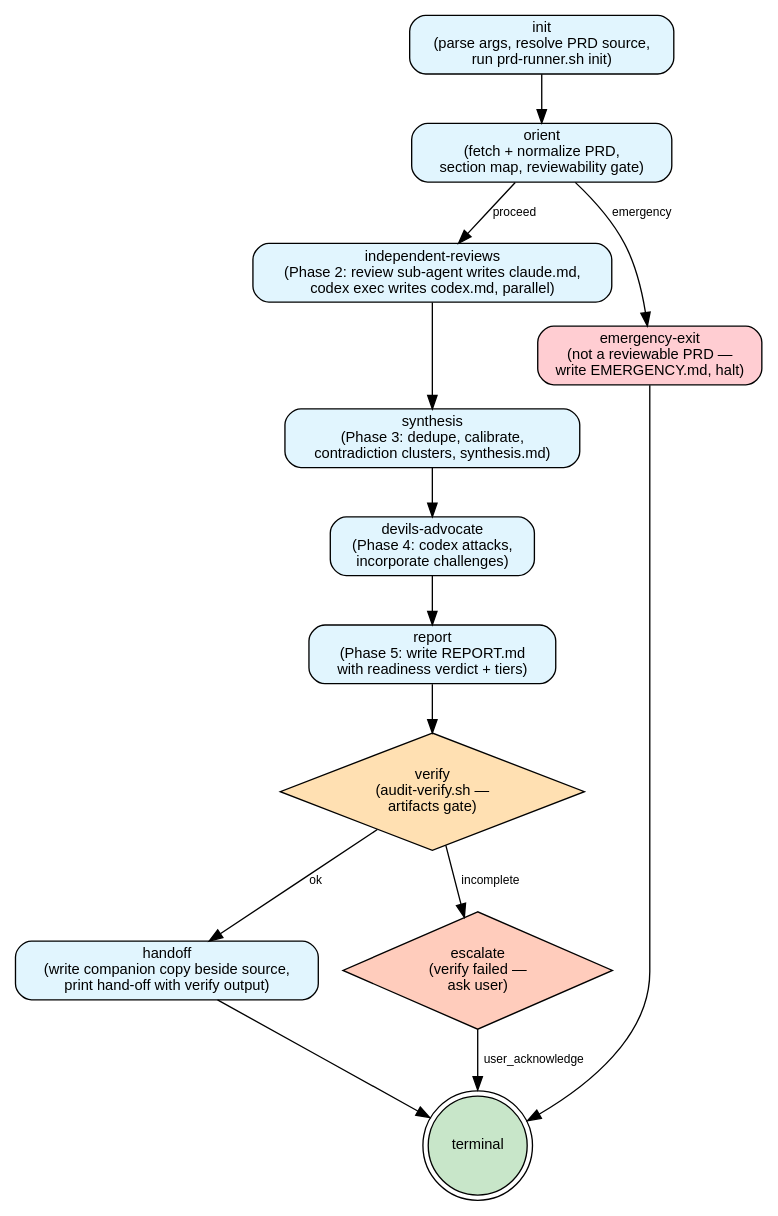
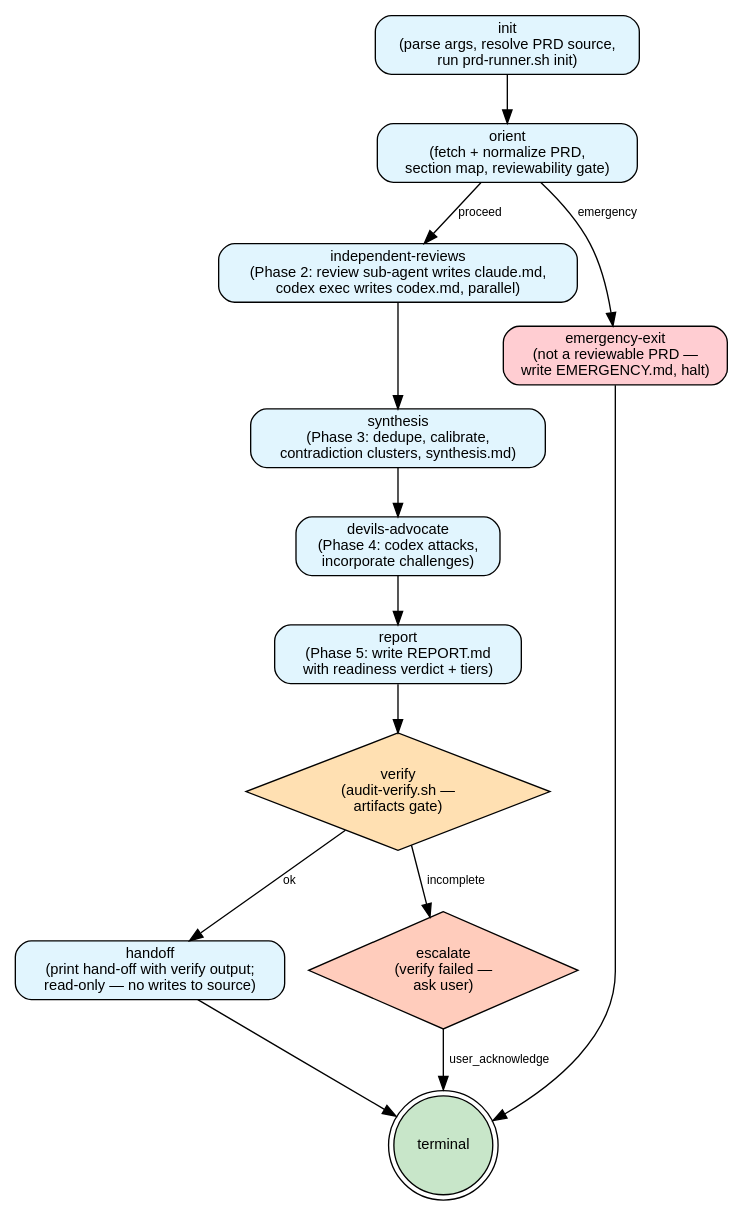
The diagram in skills/audit-prd/graph.dot (coreydaley/agent-config), drawn with Graphviz before and after one commit. The commit also changed 24 other files, not shown here.

```diff
--- a/skills/audit-prd/graph.dot
+++ b/skills/audit-prd/graph.dot
@@ -1,68 +1,68 @@
 // PRD Audit state machine.
 //
 // Source of truth for the /audit-prd skill's flow. The walker (Claude, per
 // SKILL.md) reads each node's prose from nodes/<id>.md, performs the work,
 // evaluates the outgoing edges' conditions against the current state
 // (primarily MANIFEST.json + artifact files), and transitions. The
 // structural enforcement points are lib/prd-runner.sh (which owns $AUDIT_DIR
 // creation and PRD fetch), lib/audit-codex.sh (which proves the parallel
 // codex review ran), and lib/audit-verify.sh (which gates the handoff edge).
 //
 // This is the canonical audit-* graph, unchanged in topology. The unit of
 // audit is a *document* rather than a code tree: orient fetches/normalizes
 // the PRD instead of running security tooling, and emergency_exit fires when
 // the source is not a reviewable PRD (empty / too thin) rather than on a live
 // credential. The graph stays uniform with the rest of the family.
 //
 // Render to SVG with scripts/render.sh. Validate with scripts/validate.py.
 
 digraph audit_prd {
     rankdir=TB;
     bgcolor="white";
     node  [fontname="Helvetica", fontsize=11];
     edge  [fontname="Helvetica", fontsize=9];
 
     // -- Process nodes (rounded boxes, light blue) ----------------------
     init                [shape=box, style="rounded,filled", fillcolor="#e1f5fe",
                          label="init\n(parse args, resolve PRD source,\nrun prd-runner.sh init)"];
     orient              [shape=box, style="rounded,filled", fillcolor="#e1f5fe",
                          label="orient\n(fetch + normalize PRD,\nsection map, reviewability gate)"];
     independent_reviews [shape=box, style="rounded,filled", fillcolor="#e1f5fe",
                          label="independent-reviews\n(Phase 2: review sub-agent writes claude.md,\ncodex exec writes codex.md, parallel)"];
     synthesis           [shape=box, style="rounded,filled", fillcolor="#e1f5fe",
                          label="synthesis\n(Phase 3: dedupe, calibrate,\ncontradiction clusters, synthesis.md)"];
     devils_advocate     [shape=box, style="rounded,filled", fillcolor="#e1f5fe",
                          label="devils-advocate\n(Phase 4: codex attacks,\nincorporate challenges)"];
     report              [shape=box, style="rounded,filled", fillcolor="#e1f5fe",
                          label="report\n(Phase 5: write REPORT.md\nwith readiness verdict + tiers)"];
     emergency_exit      [shape=box, style="rounded,filled", fillcolor="#ffcdd2",
                          label="emergency-exit\n(not a reviewable PRD —\nwrite EMERGENCY.md, halt)"];
     handoff             [shape=box, style="rounded,filled", fillcolor="#e1f5fe",
-                         label="handoff\n(write companion copy beside source,\nprint hand-off with verify output)"];
+                         label="handoff\n(print hand-off with verify output;\nread-only — no writes to source)"];
 
     // -- Decision nodes (diamonds) -------------------------------------
     verify              [shape=diamond, style=filled, fillcolor="#ffe0b2",
                          label="verify\n(audit-verify.sh —\nartifacts gate)"];
 
     // -- User-input nodes (coral diamonds) -----------------------------
     escalate            [shape=diamond, style=filled, fillcolor="#ffccbc",
                          label="escalate\n(verify failed —\nask user)"];
 
     // -- Terminal (green double-circle) --------------------------------
     terminal            [shape=doublecircle, style=filled, fillcolor="#c8e6c9",
                          label="terminal"];
 
     // -- Edges ---------------------------------------------------------
     init                -> orient;
     orient              -> independent_reviews [label="proceed"];
     orient              -> emergency_exit      [label="emergency"];
     emergency_exit      -> terminal;
     independent_reviews -> synthesis;
     synthesis           -> devils_advocate;
     devils_advocate     -> report;
     report              -> verify;
     verify              -> handoff             [label="ok"];
     verify              -> escalate            [label="incomplete"];
     escalate            -> terminal            [label="user_acknowledge"];
     handoff             -> terminal;
 }
```
